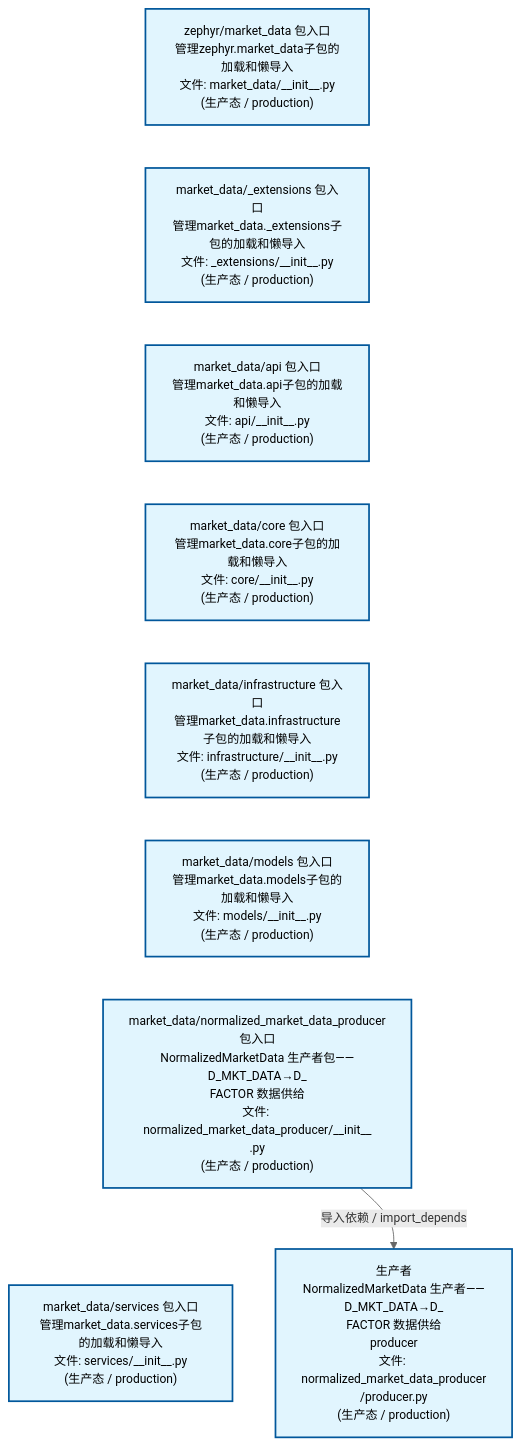
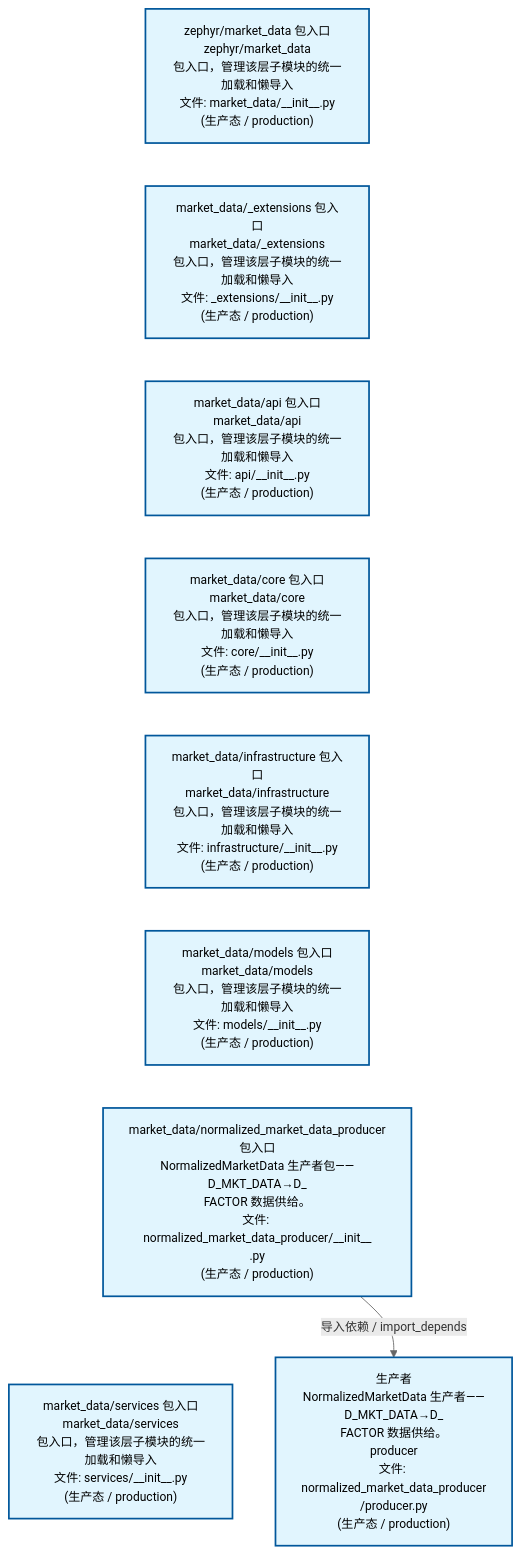
The second of 4 diagrams in docs/02_enterprise_architecture/02_domain_architecture_docs/23_d_mkt_data.md (xuanFelixVan/ZephyrAlpha), drawn with Mermaid before and after one commit. The commit also changed other lines of this file and 58 other files, not shown here.

````diff
--- a/docs/02_enterprise_architecture/02_domain_architecture_docs/23_d_mkt_data.md
+++ b/docs/02_enterprise_architecture/02_domain_architecture_docs/23_d_mkt_data.md
@@ -112,26 +112,26 @@
 ```mermaid
 %%{init: {'theme': 'base', 'themeVariables': {'primaryColor': '#eaeaea', 'primaryTextColor': '#333333', 'primaryBorderColor': '#666666', 'lineColor': '#666666', 'secondaryColor': '#eaeaea', 'tertiaryColor': '#eaeaea', 'fontSize': '14px'}}}%%
 flowchart TD
-    src_zephyr_market_data_init_py["zephyr/market_data 包入口<br/>管理zephyr.market_data子包的加载和懒导入<br/>文件: market_data/__init__.py<br/>(生产态 / production)"]
-    src_zephyr_market_data_extensions_init_py["market_data/_extensions 包入口<br/>管理market_data._extensions子包的加载和懒导入<br/>文件: _extensions/__init__.py<br/>(生产态 / production)"]
-    src_zephyr_market_data_api_init_py["market_data/api 包入口<br/>管理market_data.api子包的加载和懒导入<br/>文件: api/__init__.py<br/>(生产态 / production)"]
-    src_zephyr_market_data_core_init_py["market_data/core 包入口<br/>管理market_data.core子包的加载和懒导入<br/>文件: core/__init__.py<br/>(生产态 / production)"]
-    src_zephyr_market_data_infrastructure_init_py["market_data/infrastructure 包入口<br/>管理market_data.infrastructure子包的加载和懒导入<br/>文件: infrastructure/__init__.py<br/>(生产态 / production)"]
-    src_zephyr_market_data_models_init_py["market_data/models 包入口<br/>管理market_data.models子包的加载和懒导入<br/>文件: models/__init__.py<br/>(生产态 / production)"]
-    src_zephyr_market_data_normalized_market_data_producer_init_py["market_data/normalized_market_data_producer<br/>包入口<br/>NormalizedMarketData 生产者包——D_MKT_DATA→D_<br/>FACTOR 数据供给<br/>文件: normalized_market_data_producer/__init__<br/>.py<br/>(生产态 / production)"]
-    src_zephyr_market_data_services_init_py["market_data/services 包入口<br/>管理market_data.services子包的加载和懒导入<br/>文件: services/__init__.py<br/>(生产态 / production)"]
+    src_zephyr_market_data_init_py["zephyr/market_data 包入口<br/>zephyr/market_data<br/>包入口，管理该层子模块的统一加载和懒导入<br/>文件: market_data/__init__.py<br/>(生产态 / production)"]
+    src_zephyr_market_data_extensions_init_py["market_data/_extensions 包入口<br/>market_data/_extensions<br/>包入口，管理该层子模块的统一加载和懒导入<br/>文件: _extensions/__init__.py<br/>(生产态 / production)"]
+    src_zephyr_market_data_api_init_py["market_data/api 包入口<br/>market_data/api<br/>包入口，管理该层子模块的统一加载和懒导入<br/>文件: api/__init__.py<br/>(生产态 / production)"]
+    src_zephyr_market_data_core_init_py["market_data/core 包入口<br/>market_data/core<br/>包入口，管理该层子模块的统一加载和懒导入<br/>文件: core/__init__.py<br/>(生产态 / production)"]
+    src_zephyr_market_data_infrastructure_init_py["market_data/infrastructure 包入口<br/>market_data/infrastructure<br/>包入口，管理该层子模块的统一加载和懒导入<br/>文件: infrastructure/__init__.py<br/>(生产态 / production)"]
+    src_zephyr_market_data_models_init_py["market_data/models 包入口<br/>market_data/models<br/>包入口，管理该层子模块的统一加载和懒导入<br/>文件: models/__init__.py<br/>(生产态 / production)"]
+    src_zephyr_market_data_normalized_market_data_producer_init_py["market_data/normalized_market_data_producer<br/>包入口<br/>NormalizedMarketData 生产者包——D_MKT_DATA→D_<br/>FACTOR 数据供给。<br/>文件: normalized_market_data_producer/__init__<br/>.py<br/>(生产态 / production)"]
+    src_zephyr_market_data_services_init_py["market_data/services 包入口<br/>market_data/services<br/>包入口，管理该层子模块的统一加载和懒导入<br/>文件: services/__init__.py<br/>(生产态 / production)"]
     src_zephyr_market_data_init_py ~~~ src_zephyr_market_data_extensions_init_py
     src_zephyr_market_data_extensions_init_py ~~~ src_zephyr_market_data_api_init_py
     src_zephyr_market_data_api_init_py ~~~ src_zephyr_market_data_core_init_py
     src_zephyr_market_data_core_init_py ~~~ src_zephyr_market_data_infrastructure_init_py
     src_zephyr_market_data_infrastructure_init_py ~~~ src_zephyr_market_data_models_init_py
     src_zephyr_market_data_models_init_py ~~~ src_zephyr_market_data_normalized_market_data_producer_init_py
     src_zephyr_market_data_normalized_market_data_producer_init_py ~~~ src_zephyr_market_data_services_init_py
-    src_zephyr_market_data_normalized_market_data_producer_producer_py["生产者<br/>NormalizedMarketData 生产者——D_MKT_DATA→D_<br/>FACTOR 数据供给<br/>producer<br/>文件: normalized_market_data_producer<br/>/producer.py<br/>(生产态 / production)"]
+    src_zephyr_market_data_normalized_market_data_producer_producer_py["生产者<br/>NormalizedMarketData 生产者——D_MKT_DATA→D_<br/>FACTOR 数据供给。<br/>producer<br/>文件: normalized_market_data_producer<br/>/producer.py<br/>(生产态 / production)"]
     src_zephyr_market_data_normalized_market_data_producer_init_py -->|导入依赖 / import_depends| src_zephyr_market_data_normalized_market_data_producer_producer_py
     classDef production fill:#e1f5fe,stroke:#01579b,stroke-width:2px,color:#000
     classDef design fill:#fff3e0,stroke:#e65100,stroke-width:2px,color:#000,stroke-dasharray: 5 5
     classDef external_prod fill:#e8f4fd,stroke:#0277bd,stroke-width:1px,color:#000
     classDef external_design fill:#fff8e7,stroke:#ef6c00,stroke-width:1px,color:#000,stroke-dasharray: 5 5
     class src_zephyr_market_data_init_py,src_zephyr_market_data_extensions_init_py,src_zephyr_market_data_api_init_py,src_zephyr_market_data_core_init_py,src_zephyr_market_data_infrastructure_init_py,src_zephyr_market_data_models_init_py,src_zephyr_market_data_normalized_market_data_producer_init_py,src_zephyr_market_data_normalized_market_data_producer_producer_py,src_zephyr_market_data_services_init_py production
 ```
````
